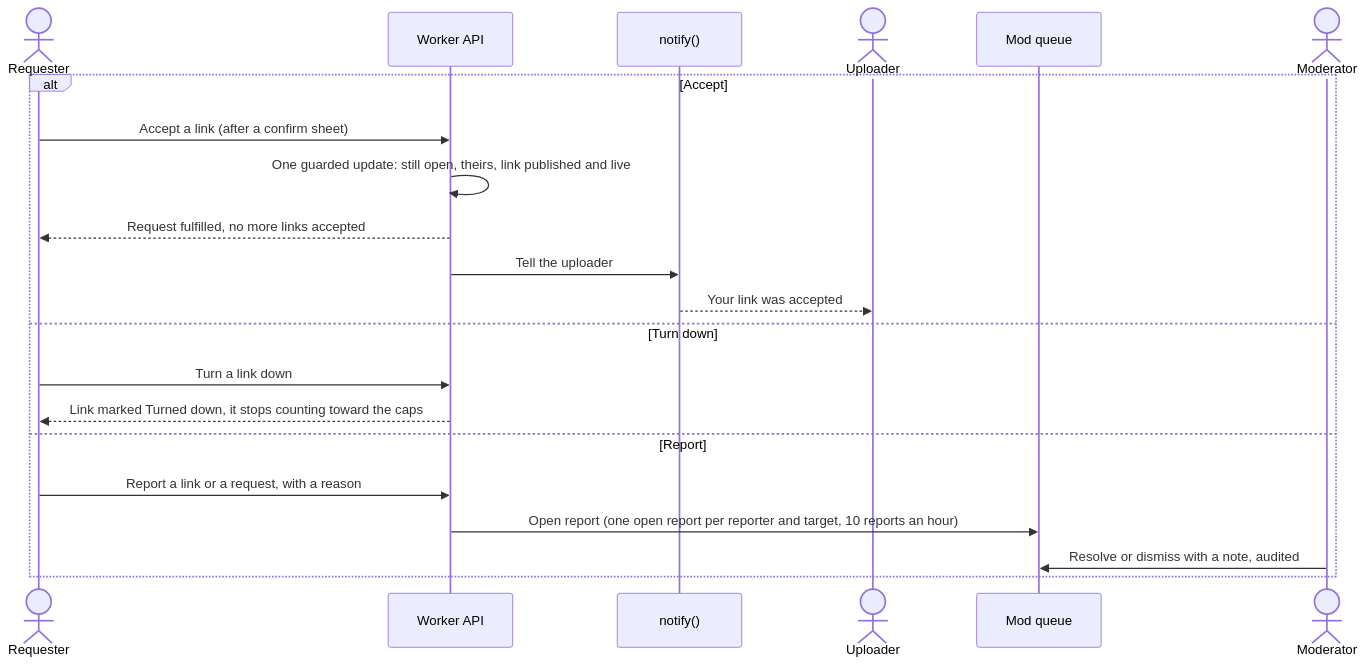
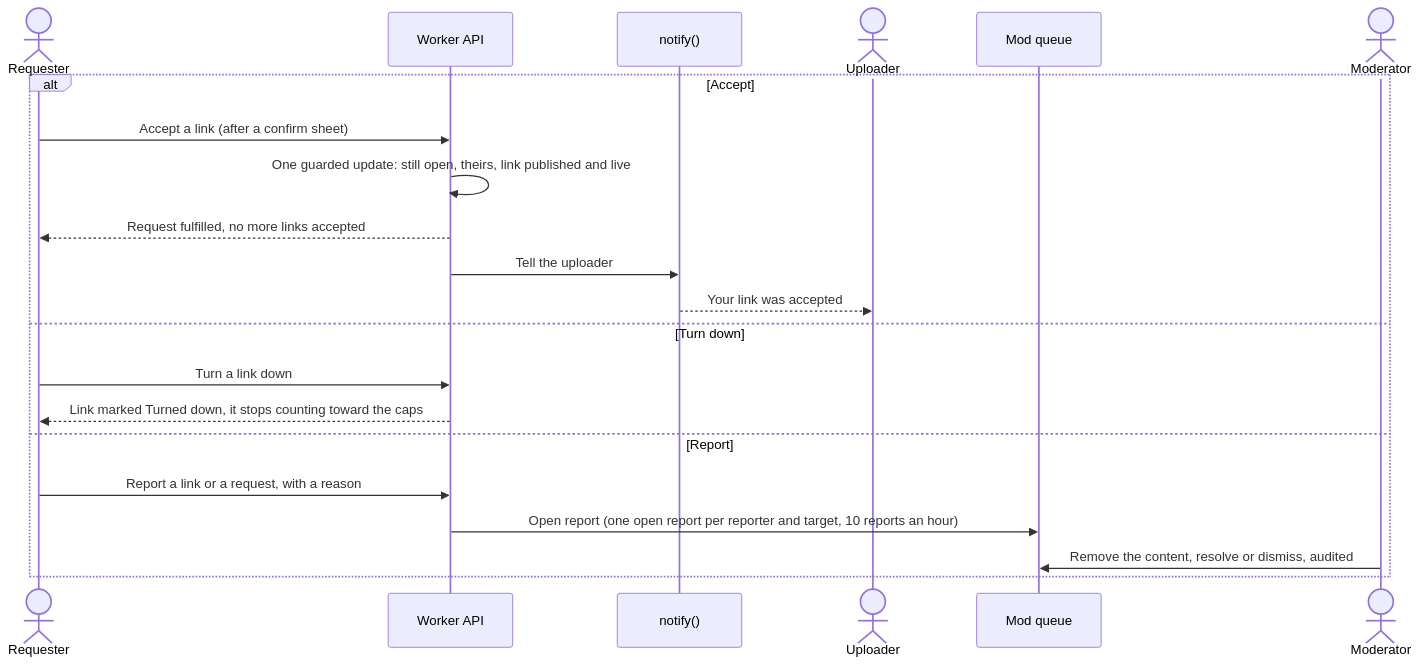
Before and after one commit to shithil17/UniLink: the second of 3 diagrams in docs/resource-flow.md, drawn with Mermaid. The commit also changed other lines of this file and 19 other files, not shown here.

````diff
--- a/docs/resource-flow.md
+++ b/docs/resource-flow.md
@@ -62,24 +62,24 @@
 ```mermaid
 sequenceDiagram
   actor Req as Requester
   participant API as Worker API
   participant Inbox as notify()
   actor Up as Uploader
   participant Q as Mod queue
   actor Mod as Moderator
 
   alt Accept
     Req->>API: Accept a link (after a confirm sheet)
     API->>API: One guarded update: still open, theirs, link published and live
     API-->>Req: Request fulfilled, no more links accepted
     API->>Inbox: Tell the uploader
     Inbox-->>Up: Your link was accepted
   else Turn down
     Req->>API: Turn a link down
     API-->>Req: Link marked Turned down, it stops counting toward the caps
   else Report
     Req->>API: Report a link or a request, with a reason
     API->>Q: Open report (one open report per reporter and target, 10 reports an hour)
-    Mod->>Q: Resolve or dismiss with a note, audited
+    Mod->>Q: Remove the content, resolve or dismiss, audited
   end
 ```
````
